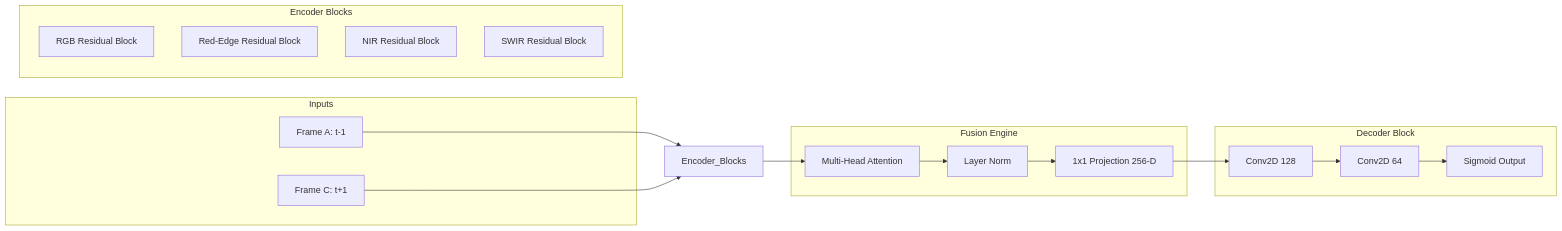
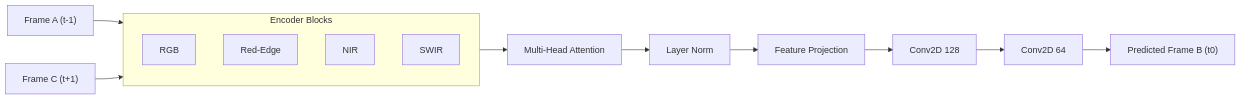
One commit to BluePhen1x/Isobah2026 changed the diagram in README.md. Above: the diagram before and after it, drawn with Mermaid. The commit also changed other lines of this file, not shown here.

Commit message:
readmetry\

````diff
--- a/README.md
+++ b/README.md
@@ -12,35 +12,21 @@
 ```mermaid
-graph LR
-    subgraph Inputs
-        FA[Frame A: t-1]
-        FC[Frame C: t+1]
+flowchart LR
+
+    A["Frame A (t-1)"] --> ENC
+    C["Frame C (t+1)"] --> ENC
+
+    subgraph ENC["Encoder Blocks"]
+        B1["RGB"]
+        B2["Red-Edge"]
+        B3["NIR"]
+        B4["SWIR"]
     end
 
-    subgraph Encoder Blocks
-        B1[RGB Residual Block]
-        B2[Red-Edge Residual Block]
-        B3[NIR Residual Block]
-        B4[SWIR Residual Block]
-    end
+    ENC --> MHA["Multi-Head Attention"]
+    MHA --> NORM["Layer Norm"]
+    NORM --> PROJ["Feature Projection"]
 
-    subgraph Fusion Engine
-        MHA[Multi-Head Attention]
-        Norm[Layer Norm]
-        Proj[1x1 Projection 256-D]
-    end
-
-    subgraph Decoder Block
-        D1[Conv2D 128]
-        D2[Conv2D 64]
-        Final[Sigmoid Output]
-    end
-
-    FA --> Encoder_Blocks
-    FC --> Encoder_Blocks
-    Encoder_Blocks --> MHA
-    MHA --> Norm
-    Norm --> Proj
-    Proj --> D1
-    D1 --> D2
-    D2 --> Final
+    PROJ --> D1["Conv2D 128"]
+    D1 --> D2["Conv2D 64"]
+    D2 --> OUT["Predicted Frame B (t0)"]
 ```
````
